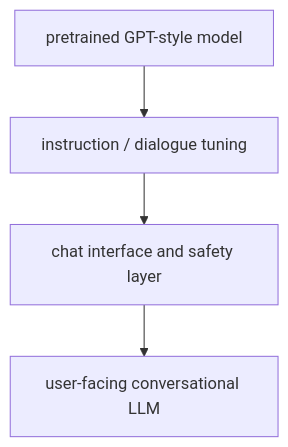
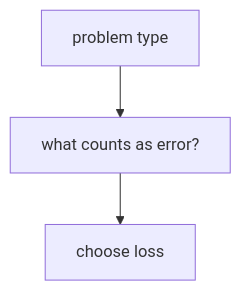
The diagram in docs/parts/part-05/chapter-04/section-02.md (devchan64/AiBook), drawn with Mermaid before and after one commit. The commit also changed other lines of this file and 213 other files, not shown here.

````diff
--- a/docs/parts/part-05/chapter-04/section-02.md
+++ b/docs/parts/part-05/chapter-04/section-02.md
@@ -166,9 +51,9 @@
 ```mermaid
 flowchart TD
-  A["pretrained GPT-style model"]
-  B["instruction / dialogue tuning"]
-  C["chat interface and safety layer"]
-  D["user-facing conversational LLM"]
+  A["problem type"]
+  B["what counts as error?"]
+  C["choose loss"]
 
-  A --> B --> C --> D
+  A --> B
+  B --> C
 ```
````
